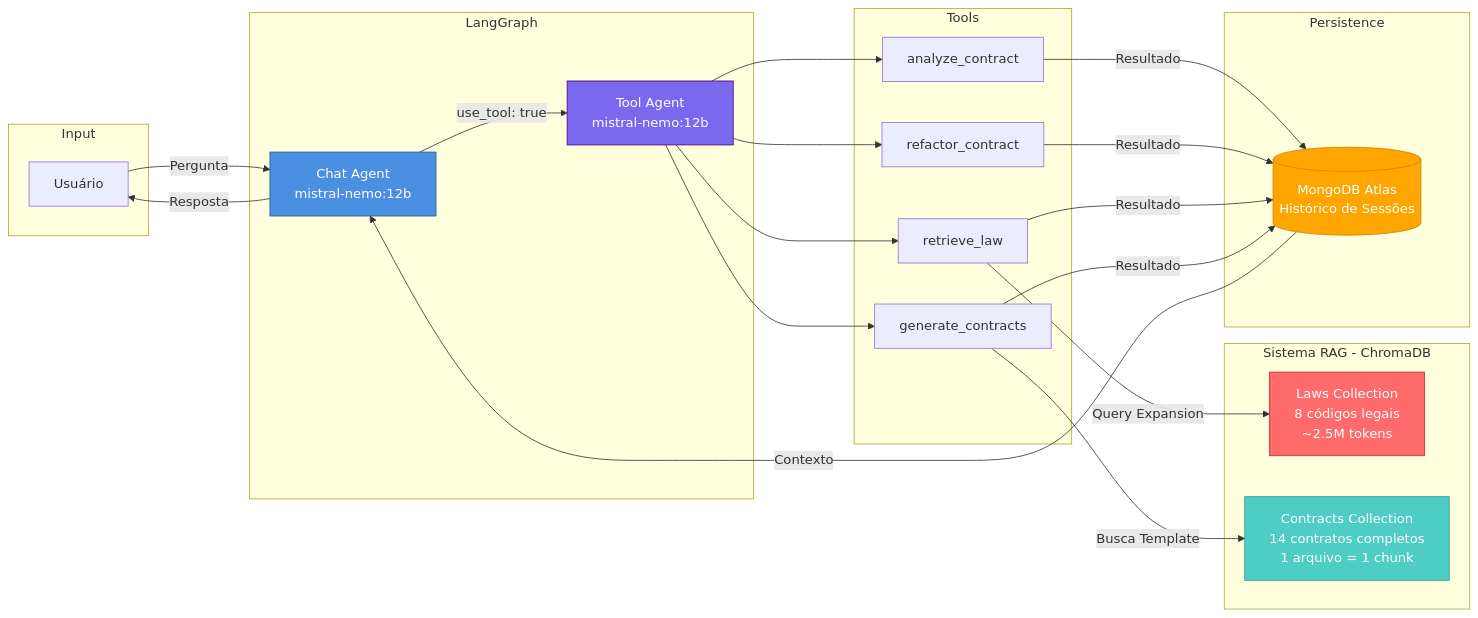
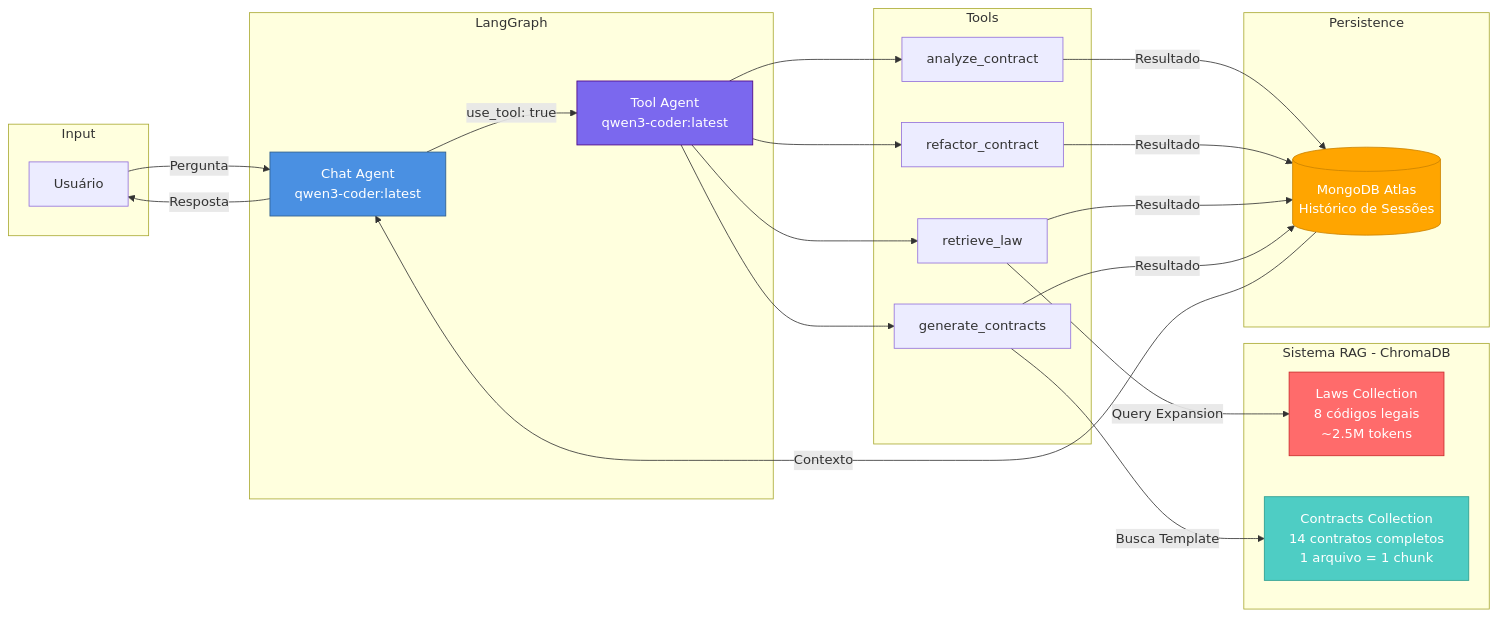
Before and after one commit to L3to/GS-IOT-solution: the second of 3 diagrams in README.md, drawn with Mermaid. The commit also changed other lines of this file and 8 other files, not shown here.

````diff
--- a/README.md
+++ b/README.md
@@ -97,42 +99,42 @@
 ```mermaid
 graph LR
     subgraph Input
         User[Usuário]
     end
     
     subgraph LangGraph
-        CA[Chat Agent<br/>mistral-nemo:12b]
-        TA[Tool Agent<br/>mistral-nemo:12b]
+        CA[Chat Agent<br/>qwen3-coder:latest]
+        TA[Tool Agent<br/>qwen3-coder:latest]
     end
     
     subgraph RAG_System[Sistema RAG - ChromaDB]
         LC[Laws Collection<br/>8 códigos legais<br/>~2.5M tokens]
         CC[Contracts Collection<br/>14 contratos completos<br/>1 arquivo = 1 chunk]
     end
     
     subgraph Tools
         T1[analyze_contract]
         T2[refactor_contract]
         T3[retrieve_law]
         T4[generate_contracts]
     end
     
     subgraph Persistence
         Mongo[(MongoDB Atlas<br/>Histórico de Sessões)]
     end
     
     User -->|Pergunta| CA
     CA -->|use_tool: true| TA
     TA --> T1 & T2 & T3 & T4
     T3 -->|Query Expansion| LC
     T4 -->|Busca Template| CC
     T1 & T2 & T3 & T4 -->|Resultado| Mongo
     Mongo -->|Contexto| CA
     CA -->|Resposta| User
     
     style LC fill:#FF6B6B,stroke:#C92A2A,color:#fff
     style CC fill:#4ECDC4,stroke:#2A9D8F,color:#fff
     style CA fill:#4A90E2,stroke:#2E5C8A,color:#fff
     style TA fill:#7B68EE,stroke:#4B0082,color:#fff
     style Mongo fill:#FFA500,stroke:#CC8400,color:#fff
 ```
````
